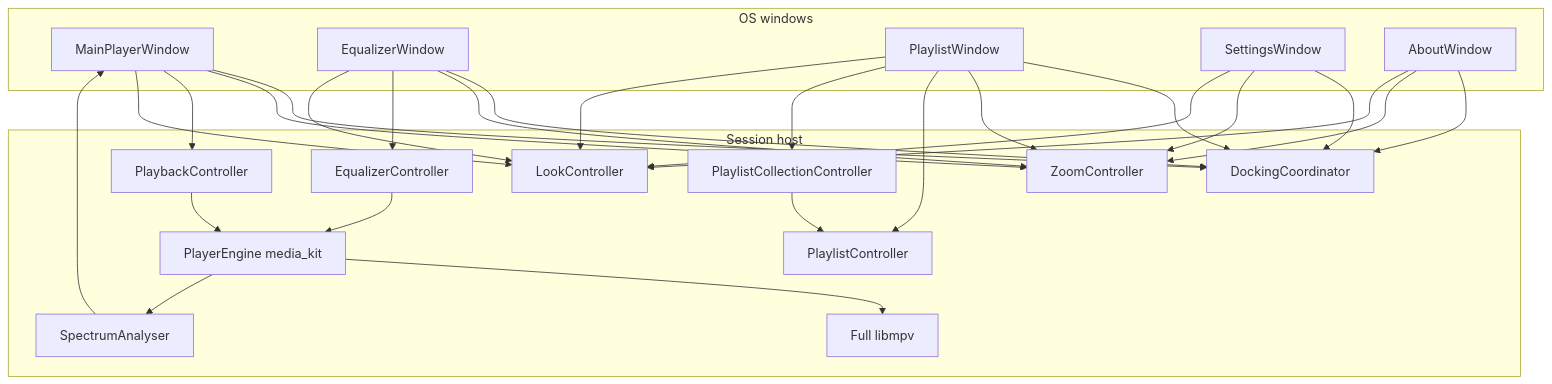
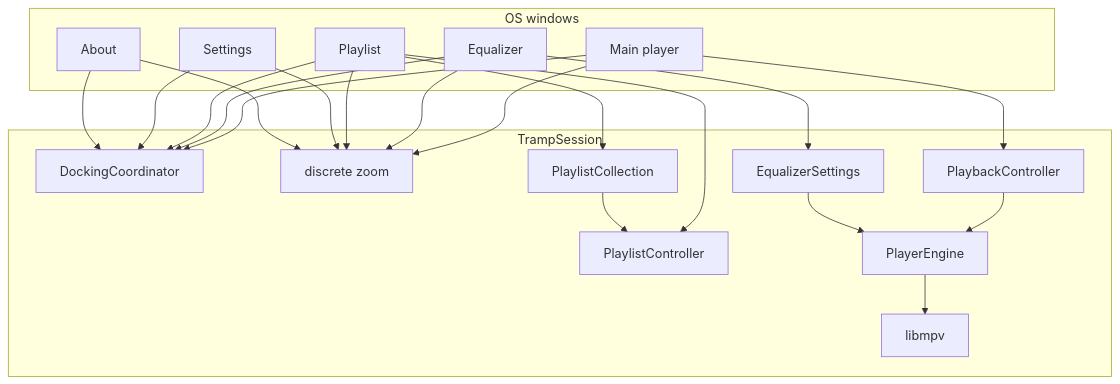
One commit to eliranbenishai/aoide changed the second of 2 diagrams in docs/architecture.md. Above: the diagram before and after it, drawn with Mermaid. The commit also changed other lines of this file and 57 other files, not shown here.

````diff
--- a/docs/architecture.md
+++ b/docs/architecture.md
@@ -45,47 +45,38 @@
 ```mermaid
 flowchart TB
   subgraph windows [OS windows]
-    Main[MainPlayerWindow]
-    Eq[EqualizerWindow]
-    Pl[PlaylistWindow]
-    Set[SettingsWindow]
-    About[AboutWindow]
+    Main[Main player]
+    Eq[Equalizer]
+    Pl[Playlist]
+    Set[Settings]
+    About[About]
   end
-  subgraph session [Session host]
+  subgraph session [TrampSession]
     Dock[DockingCoordinator]
-    Zoom[ZoomController]
+    Zoom[discrete zoom]
     Play[PlaybackController]
     List[PlaylistController]
-    Coll[PlaylistCollectionController]
-    EqCtl[EqualizerController]
-    Look[LookController]
-    Eng[PlayerEngine media_kit]
-    Mpv[Full libmpv]
-    Spec[SpectrumAnalyser]
+    Coll[PlaylistCollection]
+    EqCtl[EqualizerSettings]
+    Eng[PlayerEngine]
+    Mpv[libmpv]
   end
   Main --> Dock
   Eq --> Dock
   Pl --> Dock
   Set --> Dock
   About --> Dock
   Main --> Zoom
   Eq --> Zoom
   Pl --> Zoom
   Set --> Zoom
   About --> Zoom
   Main --> Play
   Pl --> List
   Pl --> Coll
   Coll --> List
   Eq --> EqCtl
-  Main --> Look
-  Eq --> Look
-  Pl --> Look
-  Set --> Look
-  About --> Look
   Play --> Eng
   EqCtl --> Eng
   Eng --> Mpv
-  Spec --> Main
-  Eng --> Spec
 ```
````
